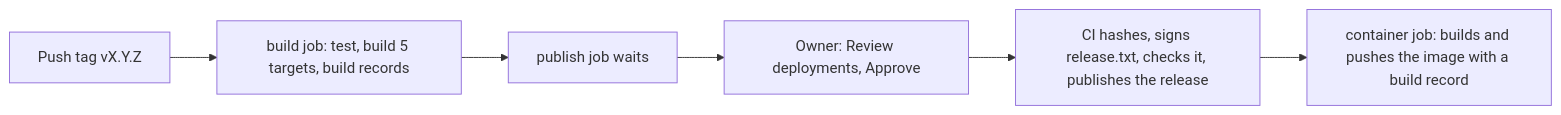
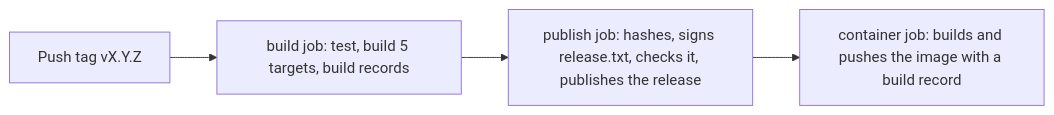
Before and after one commit to Phygital-Key/phygital-key: the diagram in CONTRIBUTING.md, drawn with Mermaid. The commit also changed other lines of this file and 21 other files, not shown here.

````diff
--- a/CONTRIBUTING.md
+++ b/CONTRIBUTING.md
@@ -122,8 +122,6 @@
 ```mermaid
 flowchart LR
   T["Push tag vX.Y.Z"] --> CI["build job: test, build 5 targets, build records"]
-  CI --> W["publish job waits"]
-  W --> A["Owner: Review deployments, Approve"]
-  A --> P["CI hashes, signs release.txt, checks it, publishes the release"]
+  CI --> P["publish job: hashes, signs release.txt, checks it, publishes the release"]
   P --> C["container job: builds and pushes the image with a build record"]
 ```
````
